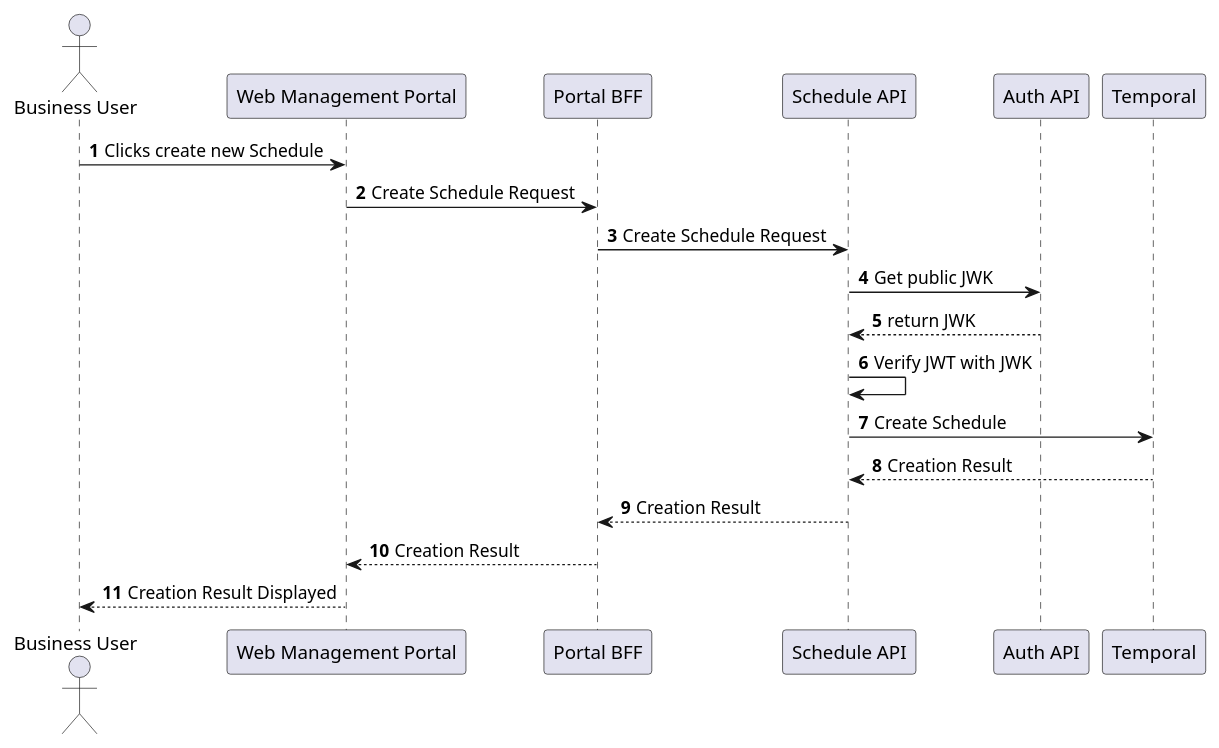
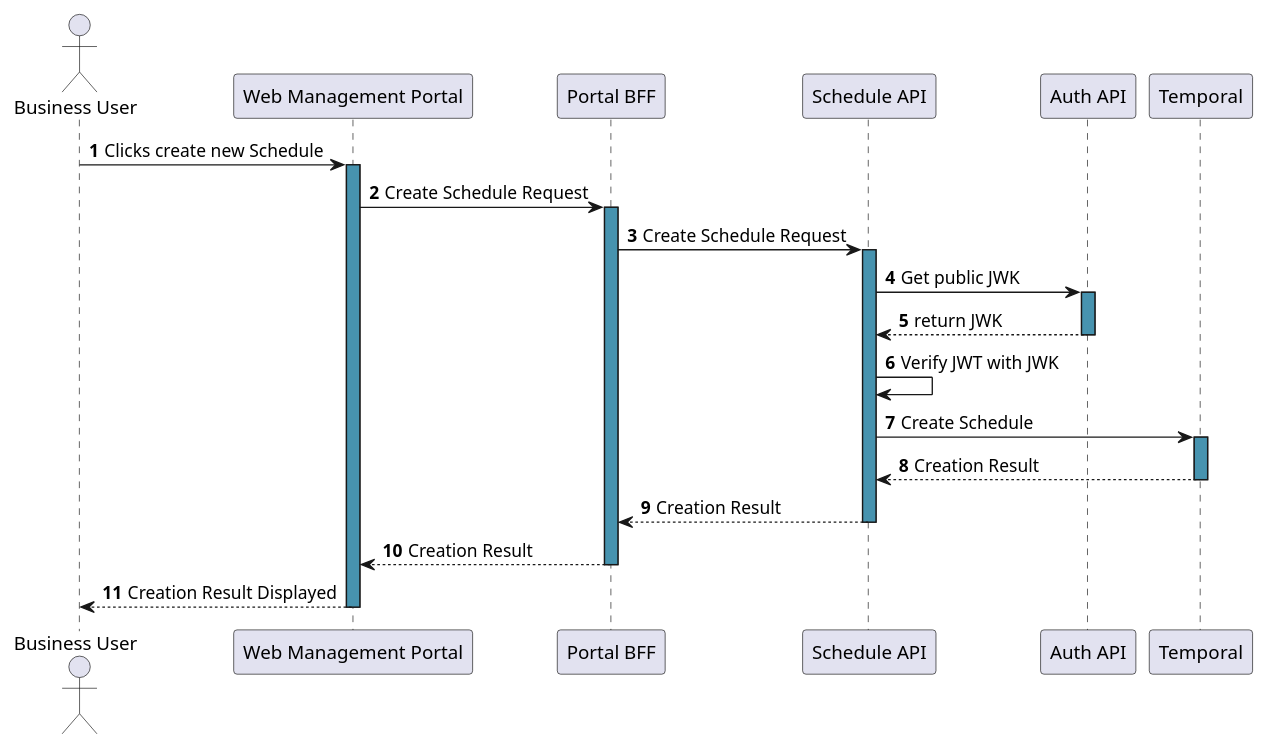
One commit to CameronWard301/communication_scheduler changed the diagram in Designs/Sequence Diagrams/CreateNewSchedule.puml. Above: the diagram before and after it, drawn with PlantUML. The commit also changed 184 other files, not shown here.

```diff
--- a/Designs/Sequence Diagrams/CreateNewSchedule.puml
+++ b/Designs/Sequence Diagrams/CreateNewSchedule.puml
@@ -1,24 +1,44 @@
 @startuml Create New Schedule
 
 actor "Business User" as bu
 participant "Web Management Portal" as wmp
 participant "Portal BFF" as pbff
 participant "Schedule API" as cAPI
 participant "Auth API" as aAPI
 participant "Temporal" as temporal
 
 autonumber
 
 bu -> wmp: Clicks create new Schedule
+activate wmp #4793AF
+
 wmp -> pbff: Create Schedule Request
+activate pbff #4793AF
+
 pbff -> cAPI: Create Schedule Request
+activate cAPI #4793AF
+
 cAPI -> aAPI: Get public JWK
+activate aAPI #4793AF
+
 aAPI --> cAPI: return JWK
+deactivate aAPI
+
 cAPI -> cAPI: Verify JWT with JWK
+
 cAPI -> temporal: Create Schedule
+activate temporal #4793AF
+
 temporal --> cAPI: Creation Result
+deactivate temporal
+
 cAPI --> pbff: Creation Result
+deactivate cAPI
+
 pbff --> wmp: Creation Result
+deactivate pbff
+
 wmp --> bu: Creation Result Displayed
+deactivate wmp
 
 @enduml
```
